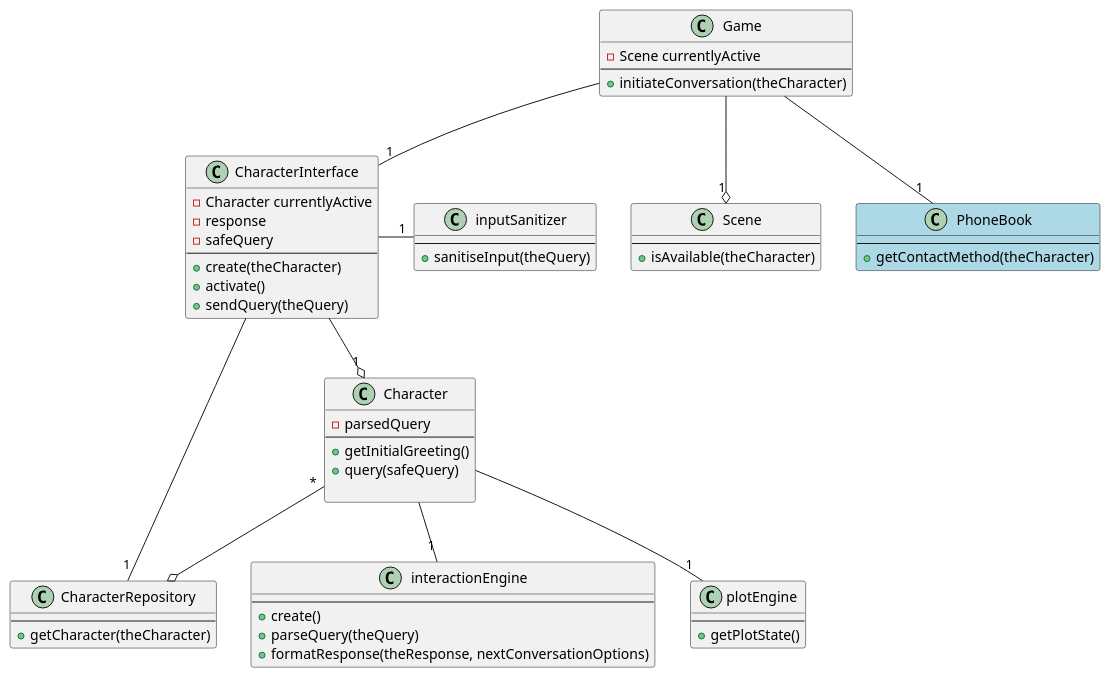
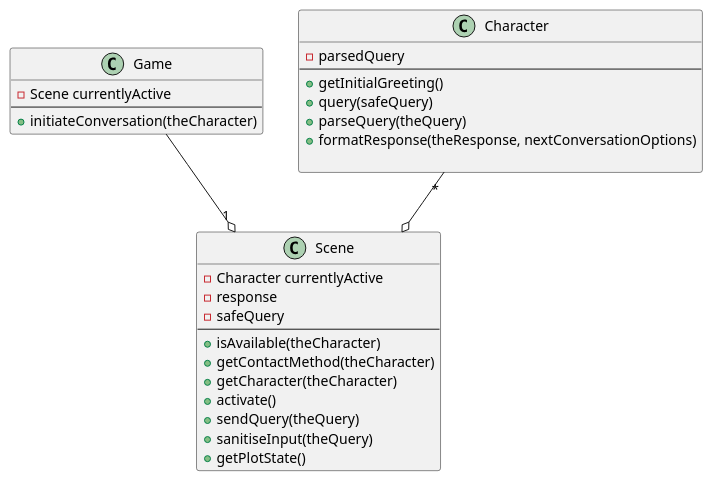
The diagram in classDiagram.pu (NoahHakansson/SE-PA1460), drawn with PlantUML before and after one commit.

Commit message:
Updated classes

```diff
--- a/classDiagram.pu
+++ b/classDiagram.pu
@@ -1,78 +1,43 @@
 @startuml
 
 ' Add Classes, methods, and attributes:
 ' --------------------
 class Game {
     -Scene currentlyActive
     --
     +initiateConversation(theCharacter)
 }
 
 class Scene {
-    --
-    +isAvailable(theCharacter)
-}
-
-class PhoneBook #LightBlue{
-    --
-    +getContactMethod(theCharacter)
-}
-
-
-class CharacterInterface {
     -Character currentlyActive
     -response
     -safeQuery
     --
-    +create(theCharacter)
+    +isAvailable(theCharacter)
+    +getContactMethod(theCharacter)
+    +getCharacter(theCharacter)
     +activate()
     +sendQuery(theQuery)
+    +sanitiseInput(theQuery)
+    +getPlotState()
 }
 
 class Character {
     -parsedQuery
     --
     +getInitialGreeting()
     +query(safeQuery)
-
-}
-
-class CharacterRepository {
-    --
-    +getCharacter(theCharacter)
-}
-
-class inputSanitizer {
-    --
-    +sanitiseInput(theQuery)
-}
-
-class interactionEngine {
-    --
-    +create()
     +parseQuery(theQuery)
     +formatResponse(theResponse, nextConversationOptions)
-}
 
-class plotEngine {
-    --
-    +getPlotState()
 }
 
 ' Relations
 ' --------------------
 Game --o "1" Scene
-Game -- "1" PhoneBook
-Game -- "1" CharacterInterface
 
-CharacterInterface - "1" CharacterRepository
-CharacterInterface - "1" inputSanitizer
-
-Character "*" --o CharacterRepository
-CharacterInterface --o "1" Character
-Character -- "1" interactionEngine
-Character -- "1" plotEngine
+Character "*" --o Scene
 
 
 
 @enduml
```
